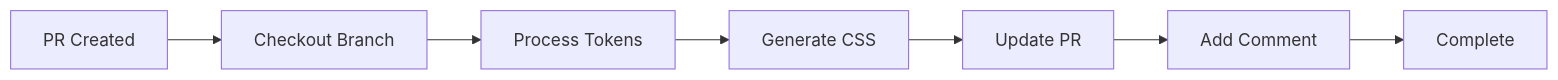
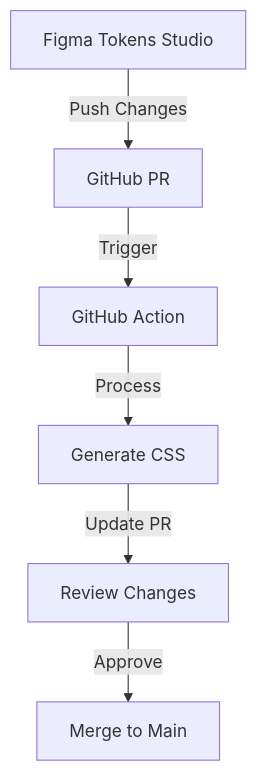
Before and after one commit to eGovPDX/design-tokens: the first of 2 diagrams in README.md, drawn with Mermaid. The commit also changed other lines of this file, not shown here.

````diff
--- a/README.md
+++ b/README.md
@@ -228,9 +200,8 @@
    ```mermaid
-   flowchart LR
-     A[PR Created] --> B[Checkout Branch]
-     B --> C[Process Tokens]
-     C --> D[Generate CSS]
-     D --> E[Update PR]
-     E --> F[Add Comment]
-     F --> G[Complete]
+   graph TD
+       A[Figma Tokens Studio] -->|Push Changes| B[GitHub PR]
+       B -->|Trigger| C[GitHub Action]
+       C -->|Process| D[Generate CSS]
+       D -->|Update PR| E[Review Changes]
+       E -->|Approve| F[Merge to Main]
    ```
````
